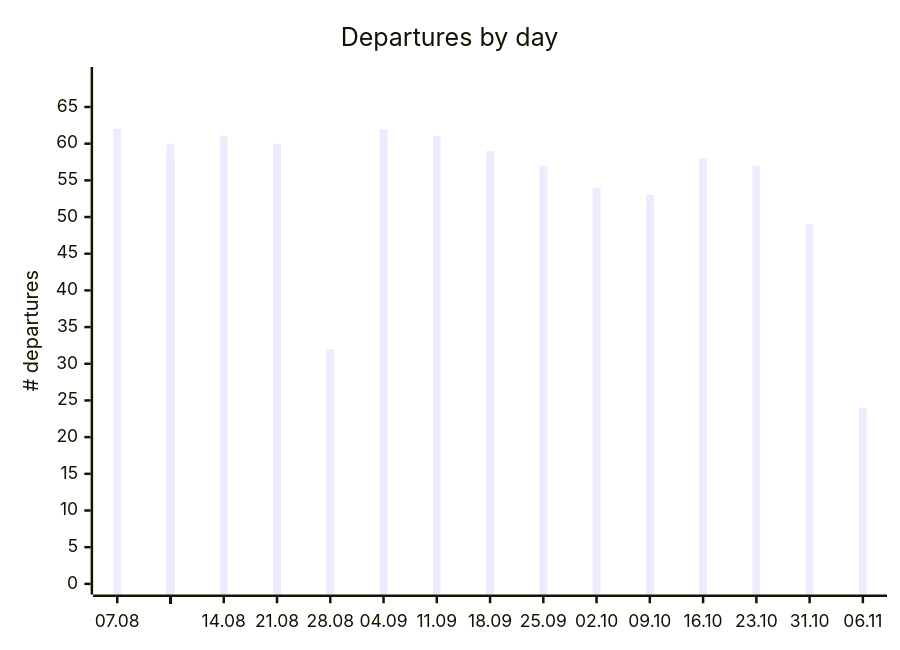
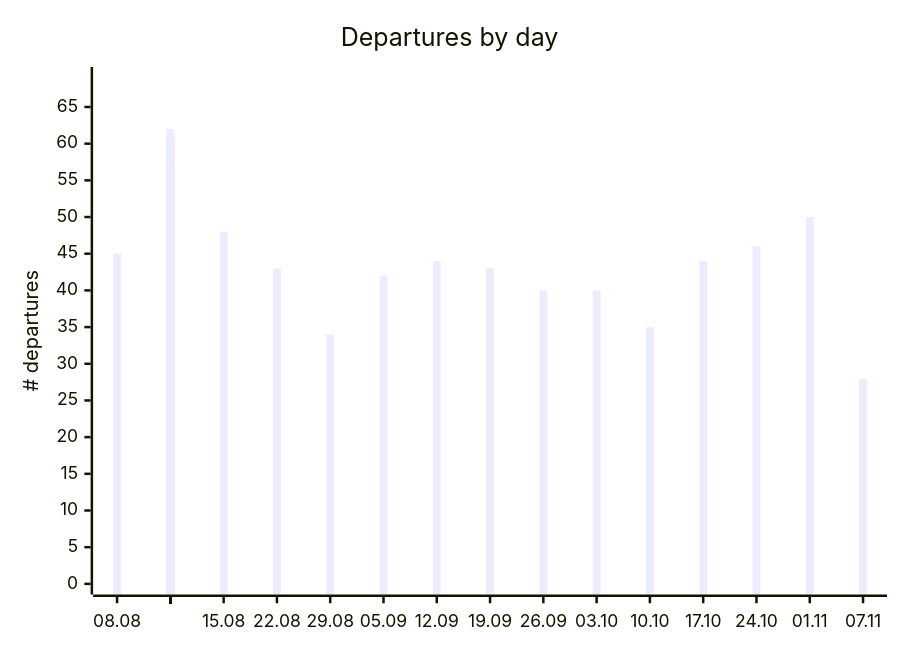
Before and after one commit to rainermesi/tll-airport-departures: the first of 2 diagrams in README.md, drawn with Mermaid. The commit also changed other lines of this file and 3 other files, not shown here.

````diff
--- a/README.md
+++ b/README.md
@@ -65,12 +65,12 @@
 ```mermaid
 ---
 xyChart:
     xAxis:
       labelFontSize: 8
 ---
 xychart-beta
     title "Departures by day"
-    x-axis ["07.08", " ", " ", " ", " ", " ", " ", "14.08", " ", " ", " ", " ", " ", " ", "21.08", " ", " ", " ", " ", " ", " ", "28.08", " ", " ", " ", " ", " ", " ", "04.09", " ", " ", " ", " ", " ", " ", "11.09", " ", " ", " ", " ", " ", " ", "18.09", " ", " ", " ", " ", " ", " ", "25.09", " ", " ", " ", " ", " ", " ", "02.10", " ", " ", " ", " ", " ", " ", "09.10", " ", " ", " ", " ", " ", " ", "16.10", " ", " ", " ", " ", " ", " ", "23.10", " ", " ", " ", " ", " ", " ", "31.10", " ", " ", " ", " ", "06.11"]
+    x-axis ["08.08", " ", " ", " ", " ", " ", " ", "15.08", " ", " ", " ", " ", " ", " ", "22.08", " ", " ", " ", " ", " ", " ", "29.08", " ", " ", " ", " ", " ", " ", "05.09", " ", " ", " ", " ", " ", " ", "12.09", " ", " ", " ", " ", " ", " ", "19.09", " ", " ", " ", " ", " ", " ", "26.09", " ", " ", " ", " ", " ", " ", "03.10", " ", " ", " ", " ", " ", " ", "10.10", " ", " ", " ", " ", " ", " ", "17.10", " ", " ", " ", " ", " ", " ", "24.10", " ", " ", " ", " ", " ", " ", "01.11", " ", " ", " ", " ", "07.11"]
     y-axis "# departures" 0 --> 69
-    bar [62, 45, 57, 58, 43, 53, 54, 61, 48, 57, 60, 46, 54, 55, 60, 43, 58, 58, 48, 54, 33, 32, 34, 52, 54, 45, 54, 49, 62, 42, 56, 57, 48, 53, 52, 61, 44, 54, 56, 47, 51, 52, 59, 43, 52, 55, 46, 51, 53, 57, 40, 48, 54, 42, 46, 52, 54, 40, 48, 50, 36, 45, 46, 53, 35, 49, 50, 34, 46, 52, 58, 44, 55, 56, 46, 48, 52, 57, 46, 50, 46, 51, 27, 49, 49, 50, 44, 20, 43, 24]
+    bar [45, 57, 58, 43, 53, 54, 61, 48, 57, 60, 46, 54, 55, 60, 43, 58, 58, 48, 54, 33, 32, 34, 52, 54, 45, 54, 49, 62, 42, 56, 57, 48, 53, 52, 61, 44, 54, 56, 47, 51, 52, 59, 43, 52, 55, 46, 51, 53, 57, 40, 48, 54, 42, 46, 52, 54, 40, 48, 50, 36, 45, 46, 53, 35, 49, 50, 34, 46, 52, 58, 44, 55, 56, 46, 48, 52, 57, 46, 50, 46, 51, 27, 49, 49, 50, 44, 20, 43, 24, 28]
 ```
````
